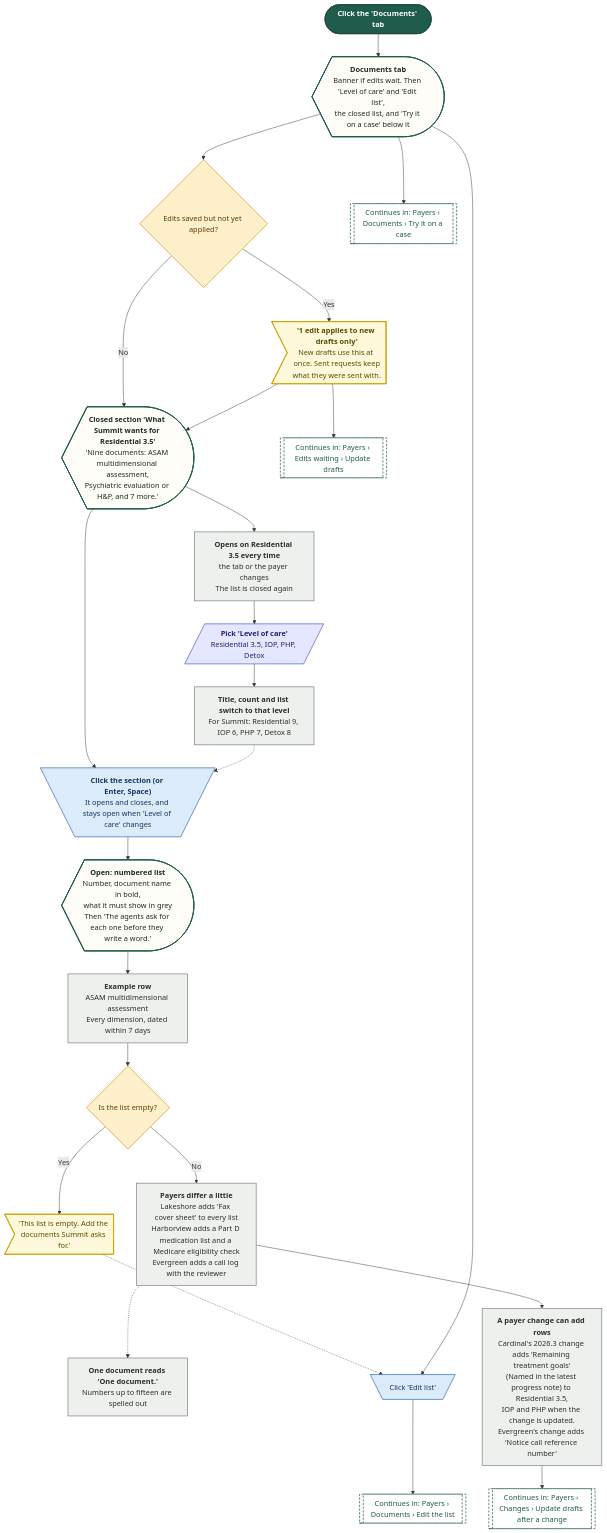
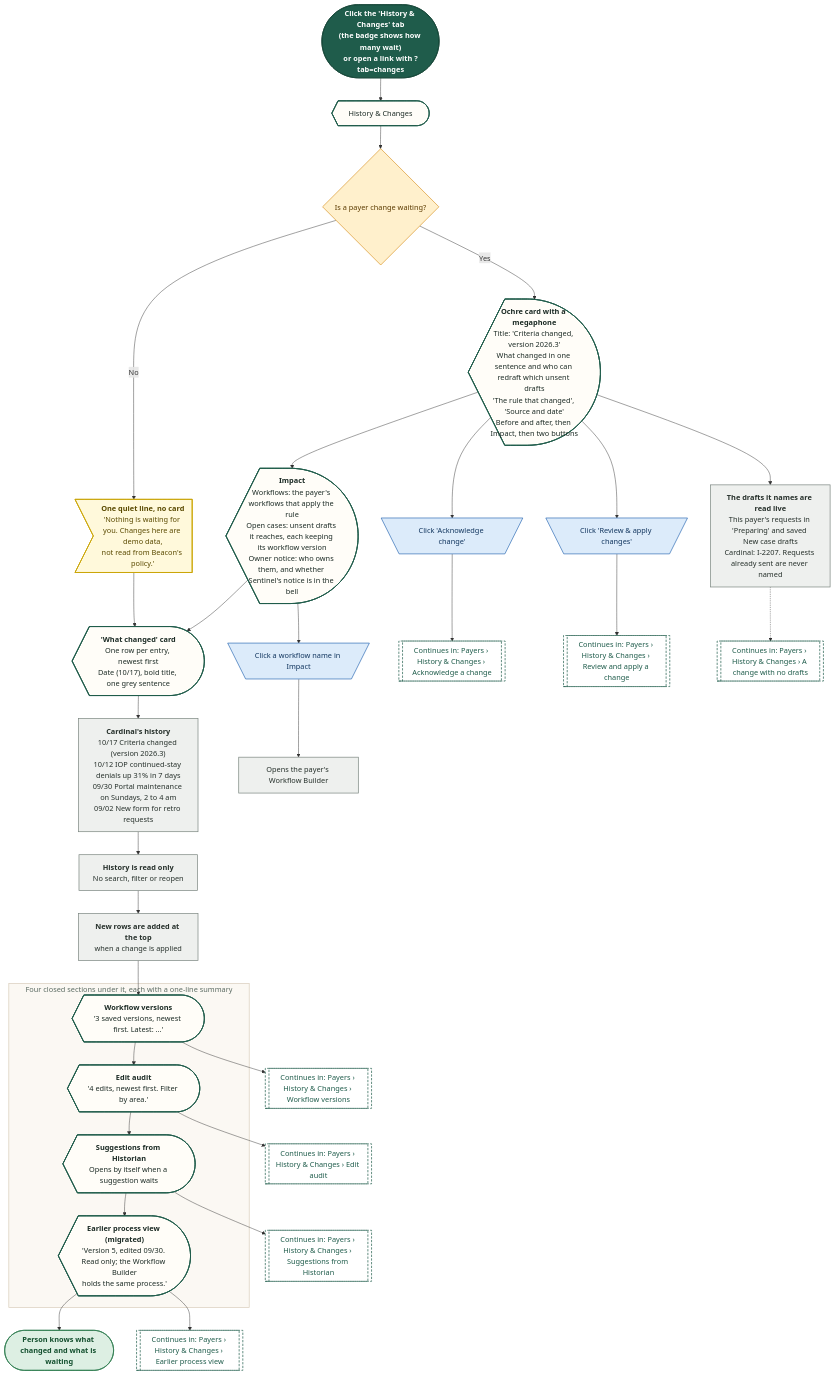
One commit to Shrav143/psyfloapp changed diagram 17 of 28 in demos/prior-auth-demo/workflows/out/md/10-payers.md. Above: the diagram before and after it, drawn with Mermaid. The commit also changed other lines of this file and 60 other files, not shown here.

First line of the commit message:
feat: Payer Workflow Studio integration (compact header, default workflow in view panel, docs, diagrams)

````diff
--- a/demos/prior-auth-demo/workflows/out/md/10-payers.md
+++ b/demos/prior-auth-demo/workflows/out/md/10-payers.md
@@ -1262,64 +1298,72 @@
 ```mermaid
 %%{init: {"theme":"base","themeVariables":{"fontFamily":"'DM Sans', 'Segoe UI', system-ui, sans-serif","fontSize":"15px","lineColor":"#5B6B63","primaryTextColor":"#1C2B25","clusterBkg":"#FBF8F3","clusterBorder":"#D9CDBB","edgeLabelBackground":"#FFFFFF"},"flowchart":{"curve":"basis","nodeSpacing":36,"rankSpacing":48,"padding":12,"htmlLabels":true,"useMaxWidth":false,"wrappingWidth":230}} }%%
 flowchart TD
   classDef k_start fill:#1F5C4B,stroke:#174638,color:#FFFFFF,stroke-width:1.5px,font-weight:600
   classDef k_end fill:#DDEFE3,stroke:#2E7D4F,color:#14502F,stroke-width:1.5px,font-weight:600
   classDef k_endx fill:#FBE3E0,stroke:#C0392B,color:#7A1F16,stroke-width:1.5px,font-weight:600
   classDef k_screen fill:#FFFDF8,stroke:#1F5C4B,color:#1C2B25,stroke-width:2px
   classDef k_overlay fill:#F1F7F3,stroke:#1F5C4B,color:#1C2B25,stroke-width:2px,stroke-dasharray:5 3
   classDef k_click fill:#DCEBFA,stroke:#2F6DB5,color:#12365F,stroke-width:1.5px
   classDef k_input fill:#E4E7FF,stroke:#4C5FD5,color:#1D2670,stroke-width:1.5px
   classDef k_process fill:#EEF0EE,stroke:#7A857F,color:#26302B,stroke-width:1.5px
   classDef k_agent fill:#EEE5FA,stroke:#7A4FC2,color:#341A63,stroke-width:1.5px
   classDef k_decision fill:#FFF0CC,stroke:#D9962B,color:#5C3B00,stroke-width:1.5px
   classDef k_store fill:#D5F0EA,stroke:#1C8E7B,color:#0B4A3F,stroke-width:1.5px
   classDef k_doc fill:#F6E9DC,stroke:#B07A4C,color:#4A2E14,stroke-width:1.5px
   classDef k_ext fill:#FFE6D2,stroke:#E07B39,color:#6B2F06,stroke-width:1.5px
   classDef k_wait fill:#E4E8EE,stroke:#6B7C93,color:#26303D,stroke-width:1.5px
   classDef k_toast fill:#FFF9DB,stroke:#C9A400,color:#5A4A00,stroke-width:1.5px
   classDef k_goto fill:#FFFFFF,stroke:#1F5C4B,color:#1F5C4B,stroke-width:1.5px,stroke-dasharray:5 3
-  s1@{ shape: stadium, label: "Click the 'Documents' tab" }
-  tab@{ shape: curv-trap, label: "<b>Documents tab</b><br/>Banner if edits wait. Then 'Level of care' and 'Edit list',<br/>the closed list, and 'Try it on a case' below it" }
-  card@{ shape: curv-trap, label: "<b>Closed section 'What Summit wants for Residential 3.5'</b><br/>'Nine documents: ASAM multidimensional assessment,<br/>Psychiatric evaluation or H&P, and 7 more.'" }
-  op@{ shape: trap-t, label: "<b>Click the section (or Enter, Space)</b><br/>It opens and closes, and stays open when 'Level of care' changes" }
-  dflt@{ shape: rect, label: "<b>Opens on Residential 3.5 every time</b><br/>the tab or the payer changes<br/>The list is closed again" }
-  lc@{ shape: lean-r, label: "<b>Pick 'Level of care'</b><br/>Residential 3.5, IOP, PHP, Detox" }
-  sw@{ shape: rect, label: "<b>Title, count and list switch to that level</b><br/>For Summit: Residential 9, IOP 6, PHP 7, Detox 8" }
-  ol@{ shape: curv-trap, label: "<b>Open: numbered list</b><br/>Number, document name in bold,<br/>what it must show in grey<br/>Then 'The agents ask for each one before they write a word.'" }
-  ex@{ shape: rect, label: "<b>Example row</b><br/>ASAM multidimensional assessment<br/>Every dimension, dated within 7 days" }
-  any@{ shape: diam, label: "Is the list empty?" }
-  em@{ shape: odd, label: "'This list is empty. Add the documents Summit asks for.'" }
-  pdiff@{ shape: rect, label: "<b>Payers differ a little</b><br/>Lakeshore adds 'Fax cover sheet' to every list<br/>Harborview adds a Part D medication list and a Medicare eligibility check<br/>Evergreen adds a call log with the reviewer" }
-  one@{ shape: rect, label: "<b>One document reads 'One document.'</b><br/>Numbers up to fifteen are spelled out" }
-  dU@{ shape: diam, label: "Edits saved but not yet applied?" }
-  bU@{ shape: odd, label: "<b>'1 edit applies to new drafts only'</b><br/>New drafts use this at once. Sent requests keep<br/>what they were sent with." }
-  ce@{ shape: trap-t, label: "Click 'Edit list'" }
-  gE@{ shape: subproc, label: "Continues in: Payers › Documents › Edit the list" }
-  gC@{ shape: subproc, label: "Continues in: Payers › Documents › Try it on a case" }
-  gU@{ shape: subproc, label: "Continues in: Payers › Edits waiting › Update drafts" }
-  aft@{ shape: rect, label: "<b>A payer change can add rows</b><br/>Cardinal's 2026.3 change adds 'Remaining treatment goals'<br/>(Named in the latest progress note) to Residential 3.5,<br/>IOP and PHP when the change is updated.<br/>Evergreen's change adds 'Notice call reference number'" }
-  gA@{ shape: subproc, label: "Continues in: Payers › Changes › Update drafts after a change" }
-  s1 --> tab --> dU
-  dU -->|"Yes"| bU --> gU
-  dU -->|"No"| card
-  bU --> card
-  card --> dflt --> lc --> sw
-  card --> op --> ol
-  sw -.-> op
-  ol --> ex --> any
-  any -->|"Yes"| em
-  any -->|"No"| pdiff
-  em -.-> ce
-  pdiff -.-> one
-  pdiff --> aft --> gA
-  tab --> ce --> gE
-  tab --> gC
+  s1@{ shape: stadium, label: "<b>Click the 'History & Changes' tab</b><br/>(the badge shows how many wait)<br/>or open a link with ?tab=changes" }
+  tab@{ shape: curv-trap, label: "History & Changes" }
+  dp@{ shape: diam, label: "Is a payer change waiting?" }
+  bw@{ shape: curv-trap, label: "<b>Ochre card with a megaphone</b><br/>Title: 'Criteria changed, version 2026.3'<br/>What changed in one sentence and who can redraft which unsent drafts<br/>'The rule that changed', 'Source and date'<br/>Before and after, then Impact, then two buttons" }
+  bg@{ shape: odd, label: "<b>One quiet line, no card</b><br/>'Nothing is waiting for you. Changes here are demo data,<br/>not read from Beacon's policy.'" }
+  imp@{ shape: curv-trap, label: "<b>Impact</b><br/>Workflows: the payer's workflows that apply the rule<br/>Open cases: unsent drafts it reaches, each keeping its workflow version<br/>Owner notice: who owns them, and whether Sentinel's notice is in the bell" }
+  hist@{ shape: curv-trap, label: "<b>'What changed' card</b><br/>One row per entry, newest first<br/>Date (10/17), bold title, one grey sentence" }
+  ex@{ shape: rect, label: "<b>Cardinal's history</b><br/>10/17 Criteria changed (version 2026.3)<br/>10/12 IOP continued-stay denials up 31% in 7 days<br/>09/30 Portal maintenance on Sundays, 2 to 4 am<br/>09/02 New form for retro requests" }
+  ro@{ shape: rect, label: "<b>History is read only</b><br/>No search, filter or reopen" }
+  add@{ shape: rect, label: "<b>New rows are added at the top</b><br/>when a change is applied" }
+  subgraph gS ["Four closed sections under it, each with a one-line summary"]
+  s1v@{ shape: curv-trap, label: "<b>Workflow versions</b><br/>'3 saved versions, newest first. Latest: ...'" }
+  s2a@{ shape: curv-trap, label: "<b>Edit audit</b><br/>'4 edits, newest first. Filter by area.'" }
+  s3h@{ shape: curv-trap, label: "<b>Suggestions from Historian</b><br/>Opens by itself when a suggestion waits" }
+  s4e@{ shape: curv-trap, label: "<b>Earlier process view (migrated)</b><br/>'Version 5, edited 09/30. Read only; the Workflow Builder<br/>holds the same process.'" }
+  end
+  ca@{ shape: trap-t, label: "Click 'Acknowledge change'" }
+  cu@{ shape: trap-t, label: "Click 'Review & apply changes'" }
+  wl@{ shape: trap-t, label: "Click a workflow name in Impact" }
+  wl2@{ shape: rect, label: "Opens the payer's Workflow Builder" }
+  g1@{ shape: subproc, label: "Continues in: Payers › History & Changes › Acknowledge a change" }
+  g2@{ shape: subproc, label: "Continues in: Payers › History & Changes › Review and apply a change" }
+  g3@{ shape: subproc, label: "Continues in: Payers › History & Changes › Workflow versions" }
+  g4@{ shape: subproc, label: "Continues in: Payers › History & Changes › Edit audit" }
+  g5@{ shape: subproc, label: "Continues in: Payers › History & Changes › Suggestions from Historian" }
+  g6@{ shape: subproc, label: "Continues in: Payers › History & Changes › Earlier process view" }
+  g7@{ shape: subproc, label: "Continues in: Payers › History & Changes › A change with no drafts" }
+  dl@{ shape: rect, label: "<b>The drafts it names are read live</b><br/>This payer's requests in 'Preparing' and saved New case drafts<br/>Cardinal: I-2207. Requests already sent are never named" }
+  e1@{ shape: stadium, label: "Person knows what changed and what is waiting" }
+  s1 --> tab --> dp
+  dp -->|"Yes"| bw --> imp --> hist
+  dp -->|"No"| bg --> hist
+  bw --> ca --> g1
+  bw --> cu --> g2
+  imp --> wl --> wl2
+  bw --> dl
+  dl -.-> g7
+  hist --> ex --> ro --> add --> s1v
+  s1v --> s2a --> s3h --> s4e --> e1
+  s1v --> g3
+  s2a --> g4
+  s3h --> g5
+  s4e --> g6
   class s1 k_start
-  class tab,card,ol k_screen
-  class op,ce k_click
-  class dflt,sw,ex,pdiff,one,aft k_process
-  class lc k_input
-  class any,dU k_decision
-  class em,bU k_toast
-  class gE,gC,gU,gA k_goto
+  class tab,bw,imp,hist,s1v,s2a,s3h,s4e k_screen
+  class dp k_decision
+  class bg k_toast
+  class ex,ro,add,wl2,dl k_process
+  class ca,cu,wl k_click
+  class g1,g2,g3,g4,g5,g6,g7 k_goto
+  class e1 k_end
+  style gS fill:#FBF8F3,stroke:#D9CDBB,stroke-width:1.5px,color:#5B6B63
 ```
````
